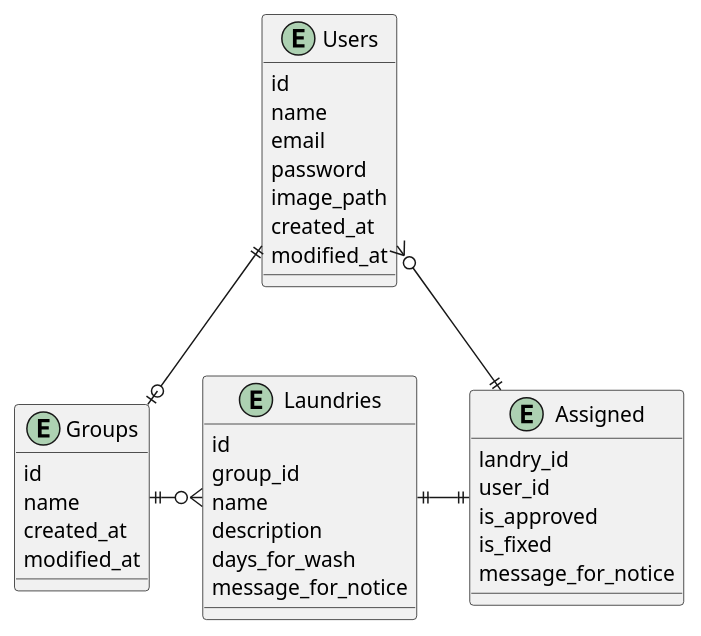
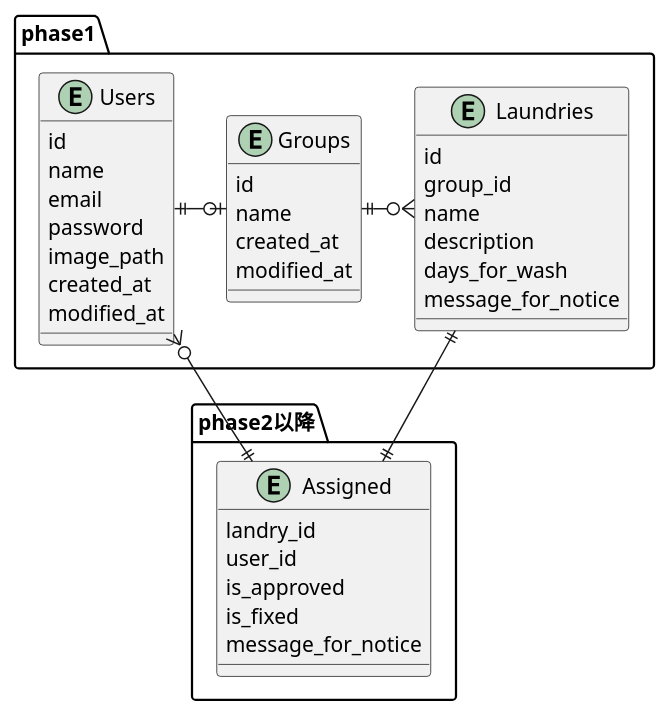
The diagram in docs/ER図.puml (mixa393/mohumohu), drawn with PlantUML before and after one commit.

Commit message:
Fix: phase1とphase2以降を分離

```diff
--- a/docs/ER図.puml
+++ b/docs/ER図.puml
@@ -1,44 +1,47 @@
 @startuml
 
-entity Users{
-id
-name
-email
-password
-image_path
-created_at
-modified_at
+package phase1 as phase1{
+    entity Users{
+    id
+    name
+    email
+    password
+    image_path
+    created_at
+    modified_at
+    }
+
+    entity Groups
+    {
+    id
+    name
+    created_at
+    modified_at
+    }
+
+    entity Laundries{
+    id
+    group_id
+    name
+    description
+    days_for_wash
+    message_for_notice
+    }
 }
 
-entity Groups
-{
-id
-name
-created_at
-modified_at
+package  phase2以降 as phase2{
+    entity Assigned{
+    landry_id
+    user_id
+    is_approved
+    is_fixed
+    message_for_notice
+    }
 }
-
-entity Laundries{
-id
-group_id
-name
-description
-days_for_wash
-message_for_notice
-}
-
-entity Assigned{
-landry_id
-user_id
-is_approved
-is_fixed
-message_for_notice
-}
-
-Users ||--o| Groups
+Users ||-o| Groups
 Groups ||-o{ Laundries
 Laundries ||-|| Assigned
 Users }o--|| Assigned
 
 
 @enduml
```
